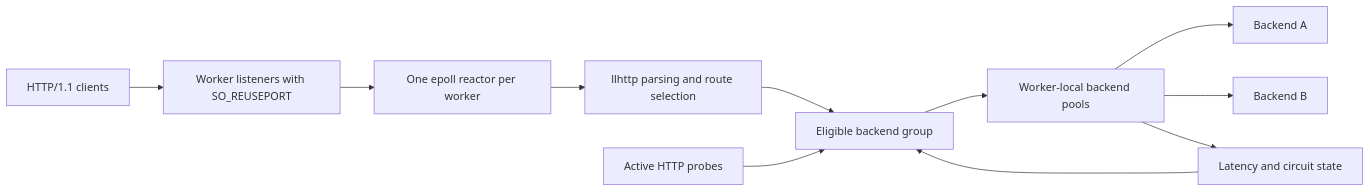
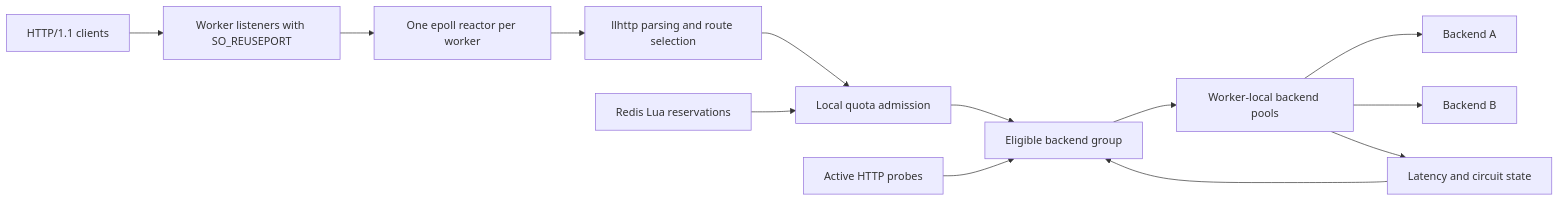
One commit to autophile-xox/AegisGate changed the diagram in README.md. Above: the diagram before and after it, drawn with Mermaid. The commit also changed other lines of this file and 3 other files, not shown here.

```diff
--- a/README.md
+++ b/README.md
@@ -5,13 +5,15 @@
 ~~~mermaid
 flowchart LR
     C[HTTP/1.1 clients] --> L[Worker listeners with SO_REUSEPORT]
     L --> E[One epoll reactor per worker]
     E --> P[llhttp parsing and route selection]
-    P --> B[Eligible backend group]
+    P --> R[Local quota admission]
+    D[Redis Lua reservations] --> R
+    R --> B[Eligible backend group]
     H[Active HTTP probes] --> B
     B --> Q[Worker-local backend pools]
     Q --> A[Backend A]
     Q --> O[Backend B]
     Q --> S[Latency and circuit state]
     S --> B
 ~~~
```
